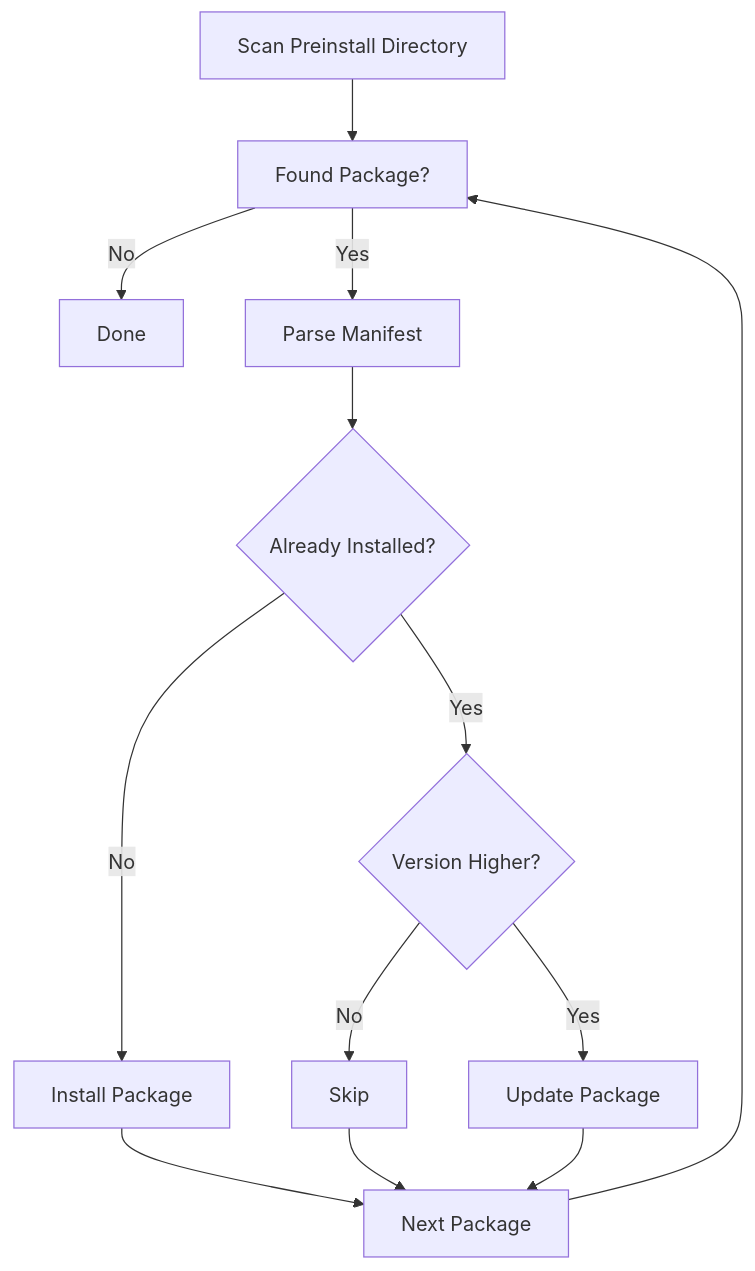
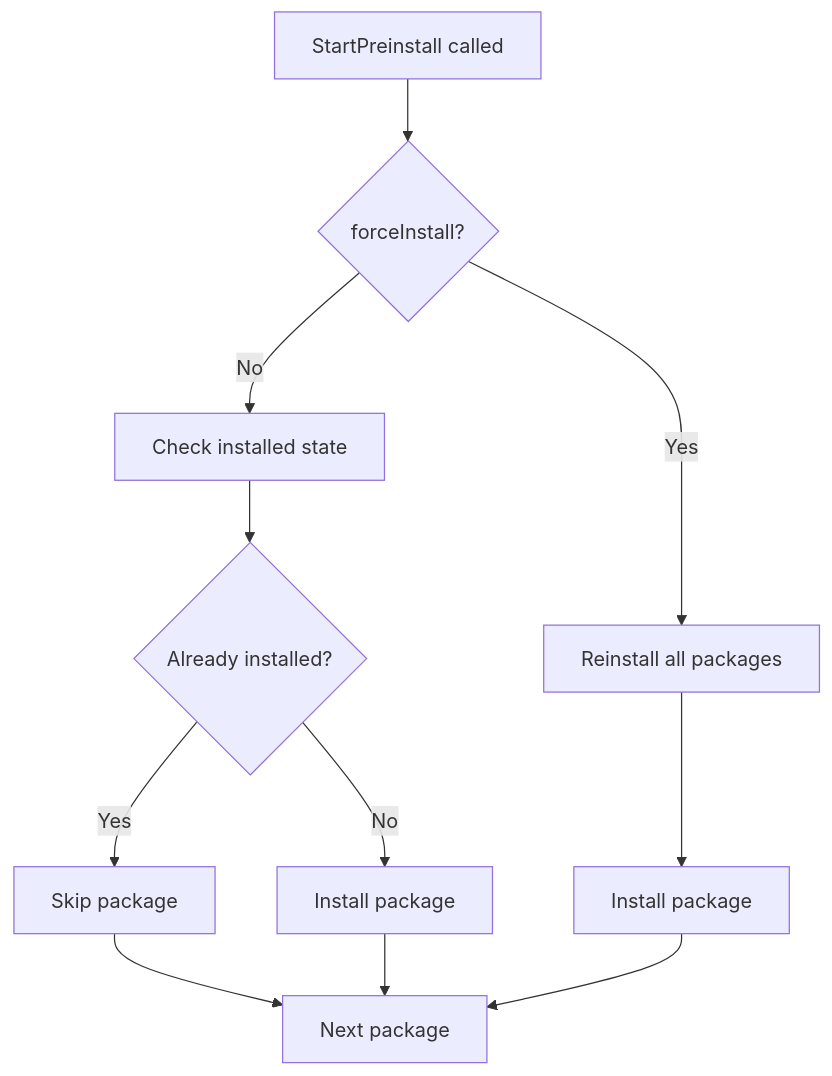
Before and after one commit to rdkcentral/entservices-appmanagers: the third of 3 diagrams in PreinstallManager/PreinstallManager.md, drawn with Mermaid. The commit also changed other lines of this file and 19 other files, not shown here.

````diff
--- a/PreinstallManager/PreinstallManager.md
+++ b/PreinstallManager/PreinstallManager.md
@@ -134,15 +166,13 @@
 ```mermaid
 flowchart TD
-    A[Scan Preinstall Directory] --> B[Found Package?]
-    B -->|No| C[Done]
-    B -->|Yes| D[Parse Manifest]
-    D --> E{Already Installed?}
-    E -->|No| F[Install Package]
-    E -->|Yes| G{Version Higher?}
-    G -->|No| H[Skip]
-    G -->|Yes| I[Update Package]
-    F --> J[Next Package]
-    H --> J
-    I --> J
-    J --> B
+    A[StartPreinstall called] --> B{forceInstall?}
+    B -->|Yes| C[Reinstall all packages]
+    B -->|No| D[Check installed state]
+    D --> E{Already installed?}
+    E -->|Yes| F[Skip package]
+    E -->|No| G[Install package]
+    C --> H[Install package]
+    F --> I[Next package]
+    G --> I
+    H --> I
 ```
````
